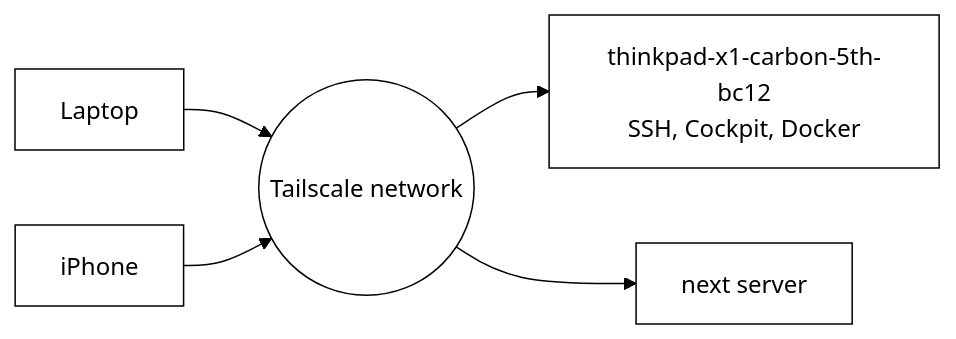
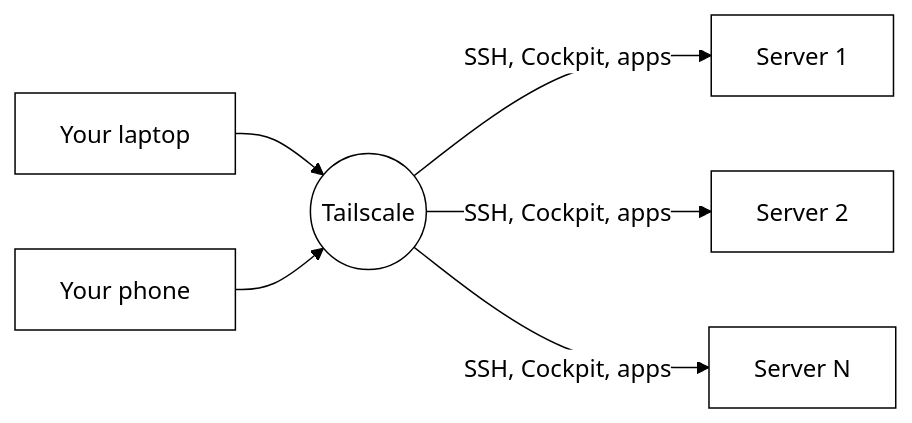
Before and after one commit to nadeem4/home_server: the first of 2 diagrams in README.md, drawn with Mermaid. The commit also changed other lines of this file and 2 other files, not shown here.

Commit message:
docs: readme covers any x86-64 machine, boot keys by brand, clearer diagrams

````diff
--- a/README.md
+++ b/README.md
@@ -24,8 +36,9 @@
 ```mermaid
 %%{init: {'theme':'base','themeVariables':{'primaryColor':'#ffffff','primaryTextColor':'#000000','primaryBorderColor':'#000000','lineColor':'#000000'}}}%%
 flowchart LR
-  L[Laptop] --> T((Tailscale network))
-  P[iPhone] --> T
-  T --> S1[thinkpad-x1-carbon-5th-bc12<br/>SSH, Cockpit, Docker]
-  T --> S2[next server]
+  PC[Your laptop] --> T((Tailscale))
+  Phone[Your phone] --> T
+  T -->|SSH, Cockpit, apps| S1[Server 1]
+  T -->|SSH, Cockpit, apps| S2[Server 2]
+  T -->|SSH, Cockpit, apps| S3[Server N]
 ```
````
